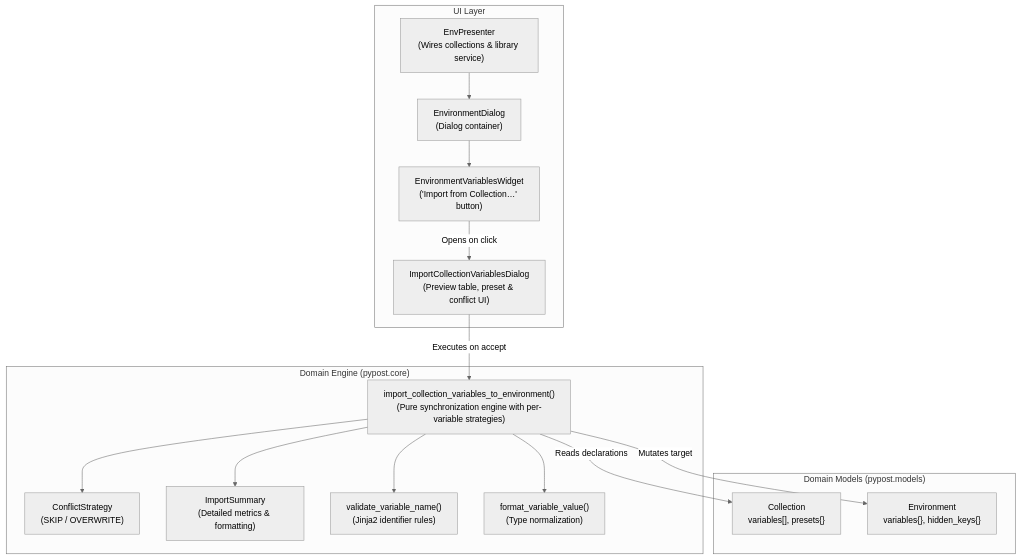
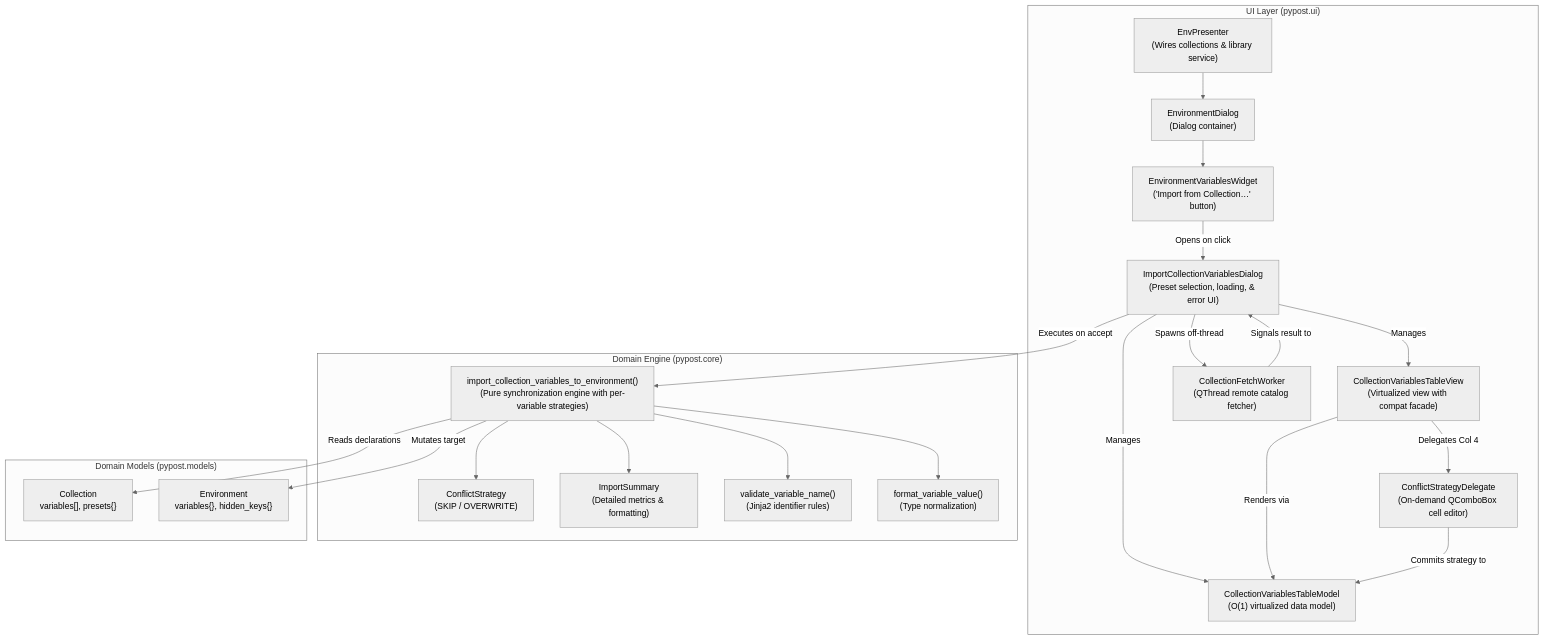
The diagram in doc/dev/workspace_environment_variable_import.md (koctep/pypost), drawn with Mermaid (neutral theme) before and after one commit. The commit also changed other lines of this file and 10 other files, not shown here.

Commit message:
feat(environments): virtualized table model and background collection fetching [PYPOST-1415]

````diff
--- a/doc/dev/workspace_environment_variable_import.md
+++ b/doc/dev/workspace_environment_variable_import.md
@@ -44,35 +44,46 @@
 ```mermaid
 flowchart TB
-    subgraph UI["UI Layer"]
+    subgraph UI["UI Layer (pypost.ui)"]
         EP["EnvPresenter<br/>(Wires collections & library service)"]
         ED["EnvironmentDialog<br/>(Dialog container)"]
         EVW["EnvironmentVariablesWidget<br/>('Import from Collection…' button)"]
-        ICD["ImportCollectionVariablesDialog<br/>(Preview table, preset & conflict UI)"]
+        ICD["ImportCollectionVariablesDialog<br/>(Preset selection, loading, & error UI)"]
+        CVTV["CollectionVariablesTableView<br/>(Virtualized view with compat facade)"]
+        CVTM["CollectionVariablesTableModel<br/>(O(1) virtualized data model)"]
+        CSD["ConflictStrategyDelegate<br/>(On-demand QComboBox cell editor)"]
+        CFW["CollectionFetchWorker<br/>(QThread remote catalog fetcher)"]
         
         EP --> ED
         ED --> EVW
         EVW -->|Opens on click| ICD
+        ICD -->|Manages| CVTV
+        ICD -->|Manages| CVTM
+        ICD -->|Spawns off-thread| CFW
+        CVTV -->|Renders via| CVTM
+        CVTV -->|Delegates Col 4| CSD
+        CSD -->|Commits strategy to| CVTM
+        CFW -->|Signals result to| ICD
     end
 
     subgraph Domain["Domain Engine (pypost.core)"]
         CVI["import_collection_variables_to_environment()<br/>(Pure synchronization engine with per-variable strategies)"]
         CS["ConflictStrategy<br/>(SKIP / OVERWRITE)"]
         IS["ImportSummary<br/>(Detailed metrics & formatting)"]
         VAL["validate_variable_name()<br/>(Jinja2 identifier rules)"]
         NORM["format_variable_value()<br/>(Type normalization)"]
 
         ICD -->|Executes on accept| CVI
         CVI --> CS
         CVI --> IS
         CVI --> VAL
         CVI --> NORM
     end
 
     subgraph Models["Domain Models (pypost.models)"]
         COL["Collection<br/>variables[], presets{}"]
         ENV["Environment<br/>variables{}, hidden_keys{}"]
 
         CVI -->|Reads declarations| COL
         CVI -->|Mutates target| ENV
     end
 ```
````
